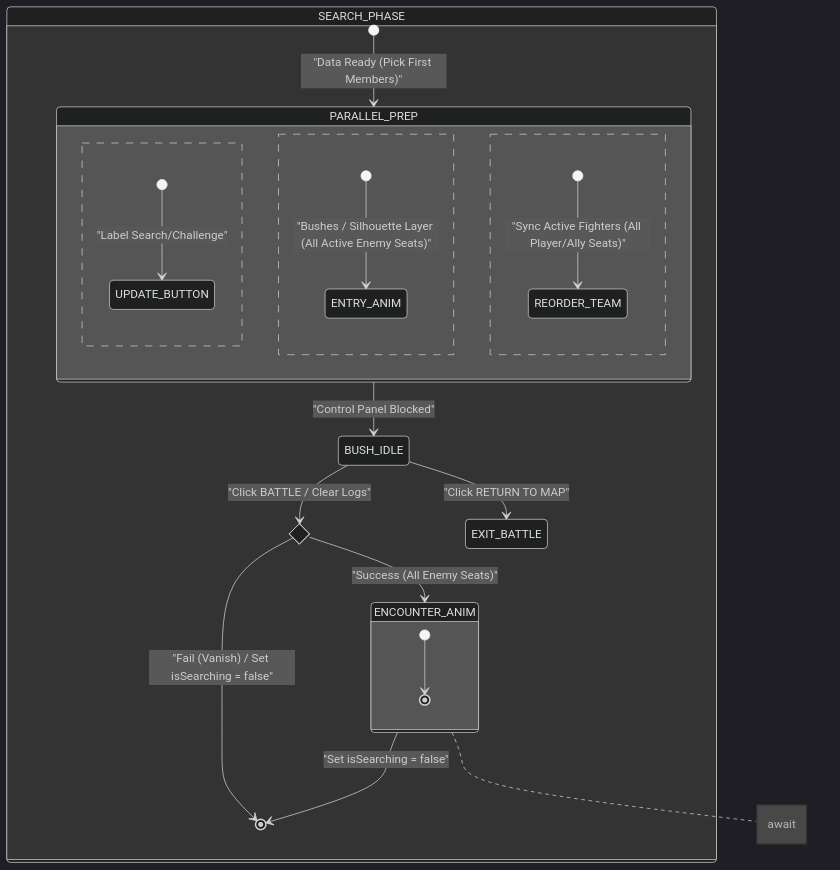
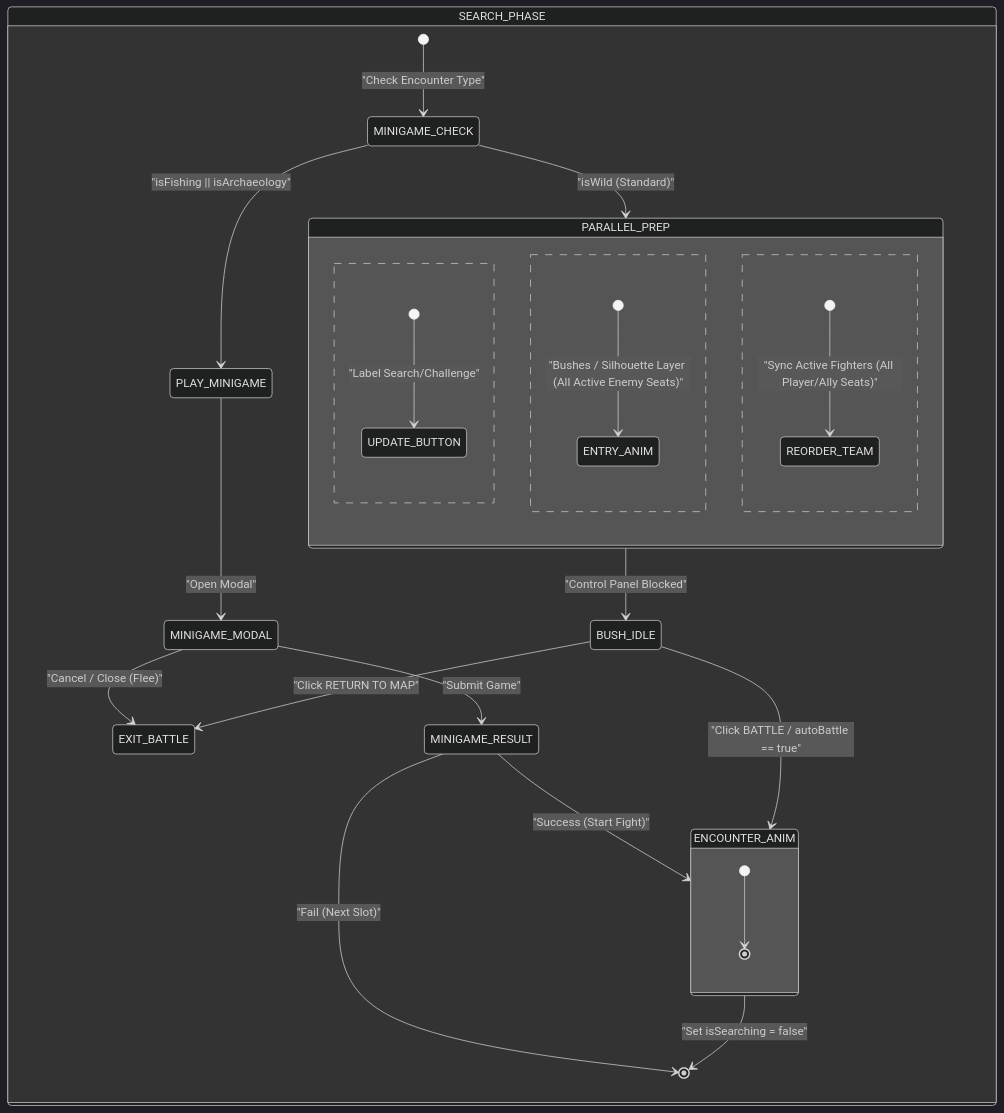
Diagram 11 of 18 in .agents/skills/project-standards/references/battle/battle_mechanics_manual.md (Darkham77/PokeBorrador), drawn with Mermaid (dark theme) before and after one commit. The commit also changed other lines of this file and 148 other files, not shown here.

First line of the commit message:
feat(core): implement fossil cloning, minigame FSM stability, and sync global weather animation seed

````diff
--- a/.agents/skills/project-standards/references/battle/battle_mechanics_manual.md
+++ b/.agents/skills/project-standards/references/battle/battle_mechanics_manual.md
@@ -651,29 +654,37 @@
 ```mermaid
 stateDiagram-v2
     state SEARCH_PHASE {
-        [*] --> PARALLEL_PREP: "Data Ready (Pick First Members)"
+        [*] --> MINIGAME_CHECK : "Check Encounter Type"
+        
+        state MINIGAME_CHECK <<choice>>
+        MINIGAME_CHECK --> PLAY_MINIGAME : "isFishing || isArchaeology"
+        MINIGAME_CHECK --> PARALLEL_PREP : "isWild (Standard)"
+        
+        PLAY_MINIGAME --> MINIGAME_MODAL : "Open Modal"
+        
+        MINIGAME_MODAL --> EXIT_BATTLE : "Cancel / Close (Flee)"
+        MINIGAME_MODAL --> MINIGAME_RESULT : "Submit Game"
+        
+        state MINIGAME_RESULT <<choice>>
+        MINIGAME_RESULT --> ENCOUNTER_ANIM : "Success (Start Fight)"
+        MINIGAME_RESULT --> [*] : "Fail (Next Slot)"
         
         state PARALLEL_PREP {
-            [*] --> UPDATE_BUTTON: "Label Search/Challenge"
+            [*] --> UPDATE_BUTTON : "Label Search/Challenge"
             --
-            [*] --> ENTRY_ANIM: "Bushes / Silhouette Layer (All Active Enemy Seats)"
+            [*] --> ENTRY_ANIM : "Bushes / Silhouette Layer (All Active Enemy Seats)"
             --
-            [*] --> REORDER_TEAM: "Sync Active Fighters (All Player/Ally Seats)"
+            [*] --> REORDER_TEAM : "Sync Active Fighters (All Player/Ally Seats)"
         }
         
         PARALLEL_PREP --> BUSH_IDLE : "Control Panel Blocked"
         
-        state MINIGAME_CHECK <<choice>>
-        BUSH_IDLE --> MINIGAME_CHECK : "Click BATTLE / Clear Logs"
+        BUSH_IDLE --> ENCOUNTER_ANIM : "Click BATTLE / autoBattle == true"
         BUSH_IDLE --> EXIT_BATTLE : "Click RETURN TO MAP"
-        
-        MINIGAME_CHECK --> ENCOUNTER_ANIM : "Success (All Enemy Seats)"
-        MINIGAME_CHECK --> [*] : "Fail (Vanish) / Set isSearching = false"
         
         state ENCOUNTER_ANIM {
             [*] --> [*]
         }
-        note right of ENCOUNTER_ANIM: await
         ENCOUNTER_ANIM --> [*] : "Set isSearching = false"
     }
 ```
````
